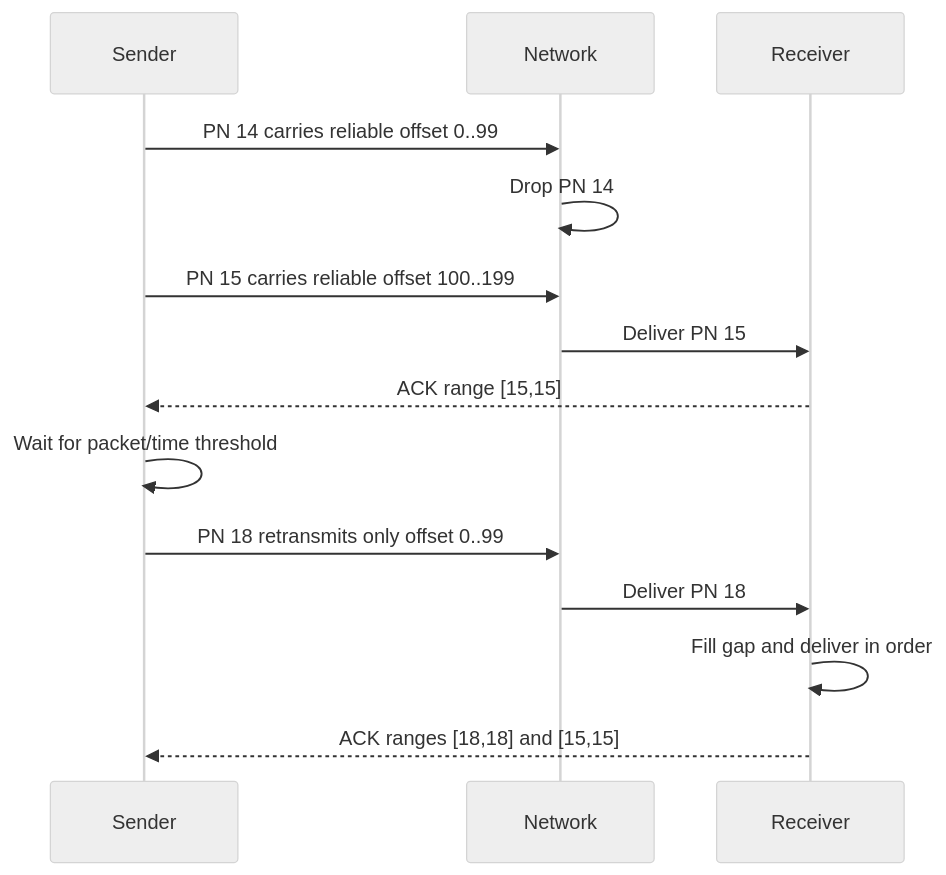
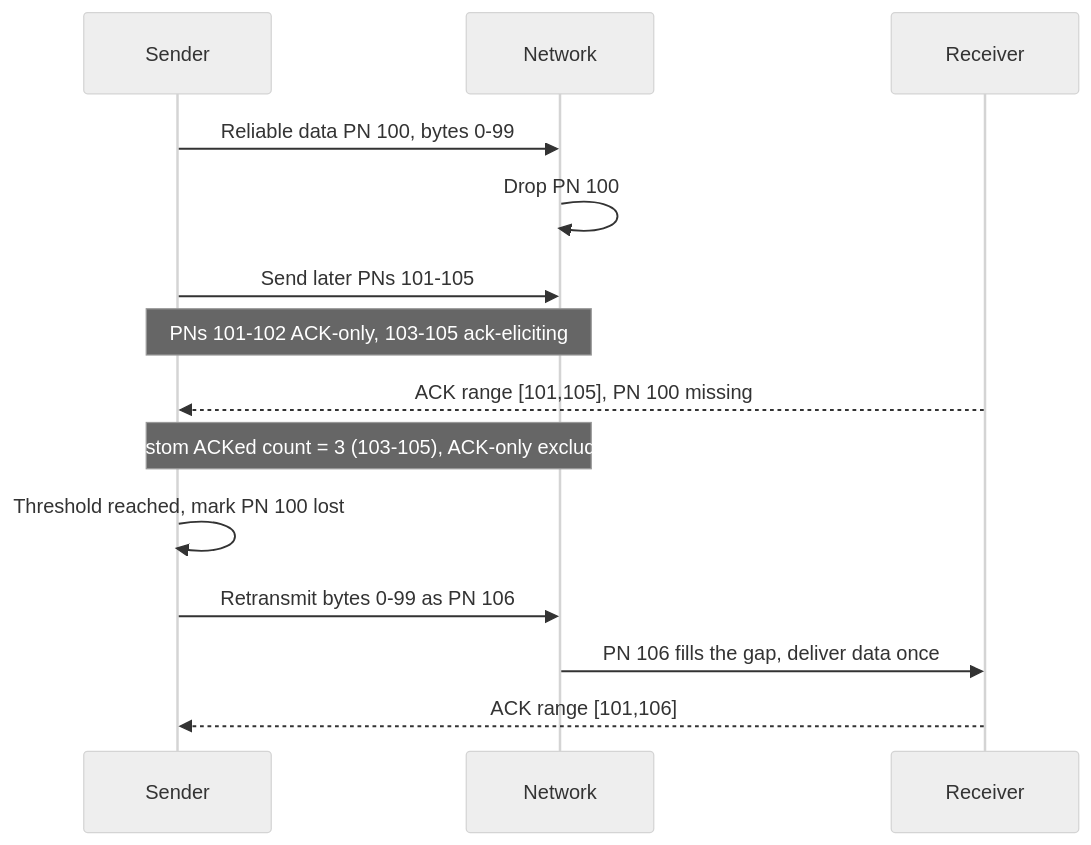
Before and after one commit to TiKyisme/co3094-lab2-network-streaming: the second of 5 diagrams in docs/reliability-design.md, drawn with Mermaid (neutral theme). The commit also changed other lines of this file and 6 other files, not shown here.

````diff
--- a/docs/reliability-design.md
+++ b/docs/reliability-design.md
@@ -282,16 +334,16 @@
 ```mermaid
 sequenceDiagram
     participant S as Sender
     participant N as Network
     participant R as Receiver
-    S->>N: PN 14 carries reliable offset 0..99
-    N->>N: Drop PN 14
-    S->>N: PN 15 carries reliable offset 100..199
-    N->>R: Deliver PN 15
-    R-->>S: ACK range [15,15]
-    S->>S: Wait for packet/time threshold
-    S->>N: PN 18 retransmits only offset 0..99
-    N->>R: Deliver PN 18
-    R->>R: Fill gap and deliver in order
-    R-->>S: ACK ranges [18,18] and [15,15]
+    S->>N: Reliable data PN 100, bytes 0-99
+    N->>N: Drop PN 100
+    S->>N: Send later PNs 101-105
+    Note over S,N: PNs 101-102 ACK-only, 103-105 ack-eliciting
+    R-->>S: ACK range [101,105], PN 100 missing
+    Note over S,N: Custom ACKed count = 3 (103-105), ACK-only excluded
+    S->>S: Threshold reached, mark PN 100 lost
+    S->>N: Retransmit bytes 0-99 as PN 106
+    N->>R: PN 106 fills the gap, deliver data once
+    R-->>S: ACK range [101,106]
 ```
````
